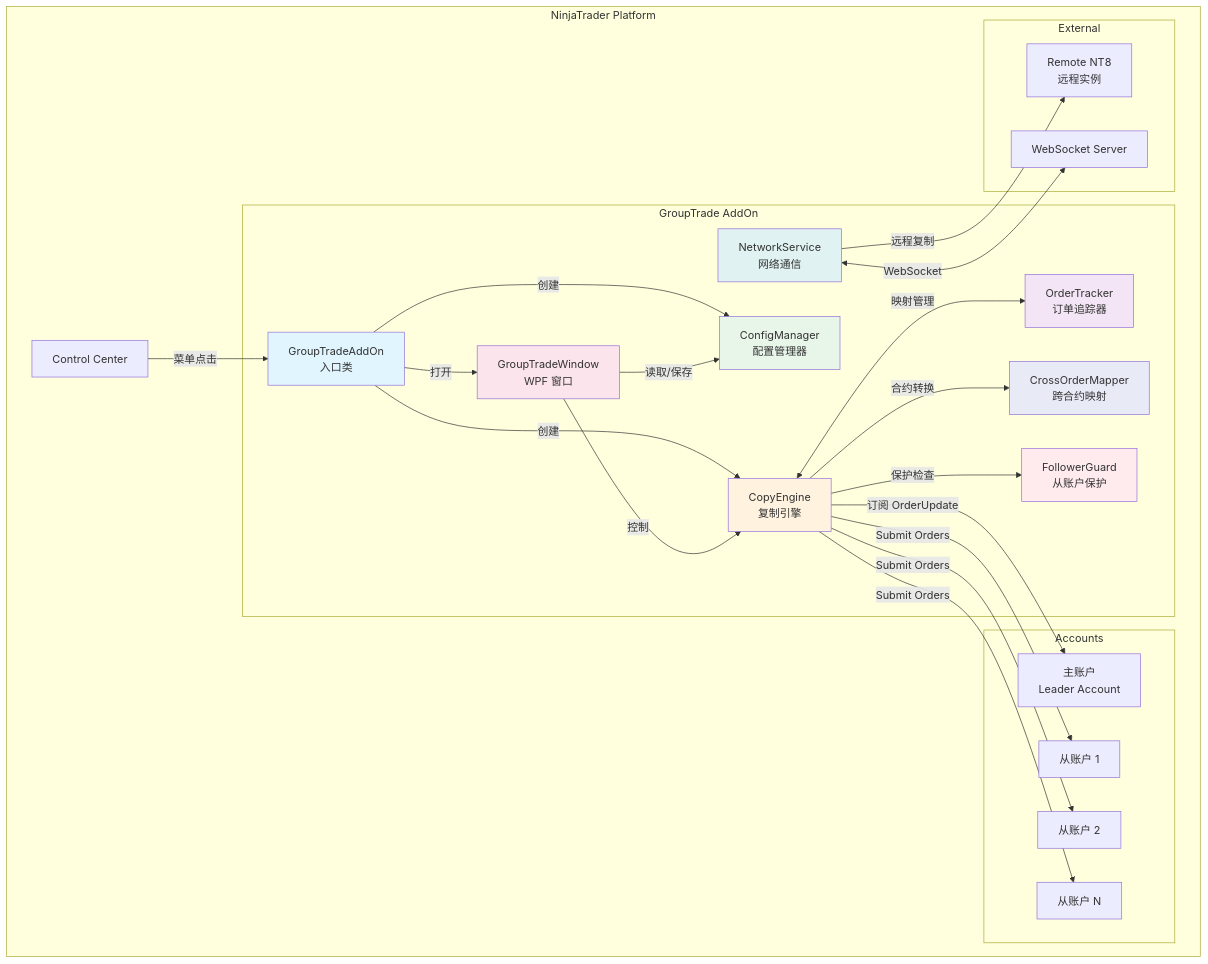
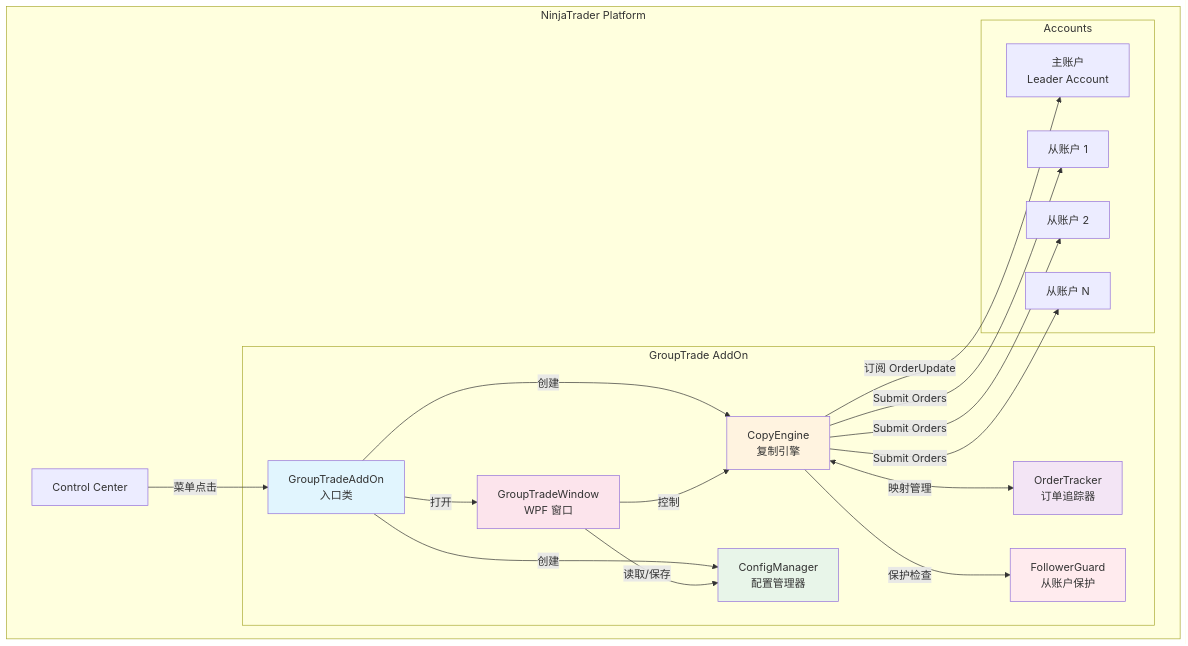
Before and after one commit to MrHuangJser/nt8-plugins: the first of 19 diagrams in docs/GroupTradeAddOn-Architecture.md, drawn with Mermaid. The commit also changed other lines of this file and 21 other files, not shown here.

````diff
--- a/docs/GroupTradeAddOn-Architecture.md
+++ b/docs/GroupTradeAddOn-Architecture.md
@@ -96,57 +92,44 @@
 ```mermaid
 graph TB
     subgraph NinjaTrader Platform
         CC[Control Center]
 
         subgraph GroupTrade AddOn
             ADDON[GroupTradeAddOn<br/>入口类]
             ENGINE[CopyEngine<br/>复制引擎]
             TRACKER[OrderTracker<br/>订单追踪器]
             CONFIG[ConfigManager<br/>配置管理器]
             WINDOW[GroupTradeWindow<br/>WPF 窗口]
-            CROSS[CrossOrderMapper<br/>跨合约映射]
             GUARD[FollowerGuard<br/>从账户保护]
-            NETWORK[NetworkService<br/>网络通信]
         end
 
         subgraph Accounts
             LEADER[主账户<br/>Leader Account]
             F1[从账户 1]
             F2[从账户 2]
             F3[从账户 N]
-        end
-
-        subgraph External
-            REMOTE[Remote NT8<br/>远程实例]
-            WS[WebSocket Server]
         end
     end
 
     CC -->|菜单点击| ADDON
     ADDON -->|创建| ENGINE
     ADDON -->|创建| CONFIG
     ADDON -->|打开| WINDOW
 
     ENGINE -->|订阅 OrderUpdate| LEADER
     ENGINE -->|Submit Orders| F1
     ENGINE -->|Submit Orders| F2
     ENGINE -->|Submit Orders| F3
     ENGINE <-->|映射管理| TRACKER
-    ENGINE -->|合约转换| CROSS
     ENGINE -->|保护检查| GUARD
-
-    NETWORK <-->|WebSocket| WS
-    NETWORK -->|远程复制| REMOTE
 
     WINDOW -->|读取/保存| CONFIG
     WINDOW -->|控制| ENGINE
 
     style ADDON fill:#e1f5fe
     style ENGINE fill:#fff3e0
     style TRACKER fill:#f3e5f5
     style CONFIG fill:#e8f5e9
     style WINDOW fill:#fce4ec
-    style CROSS fill:#e8eaf6
     style GUARD fill:#ffebee
-    style NETWORK fill:#e0f2f1
 ```
````
